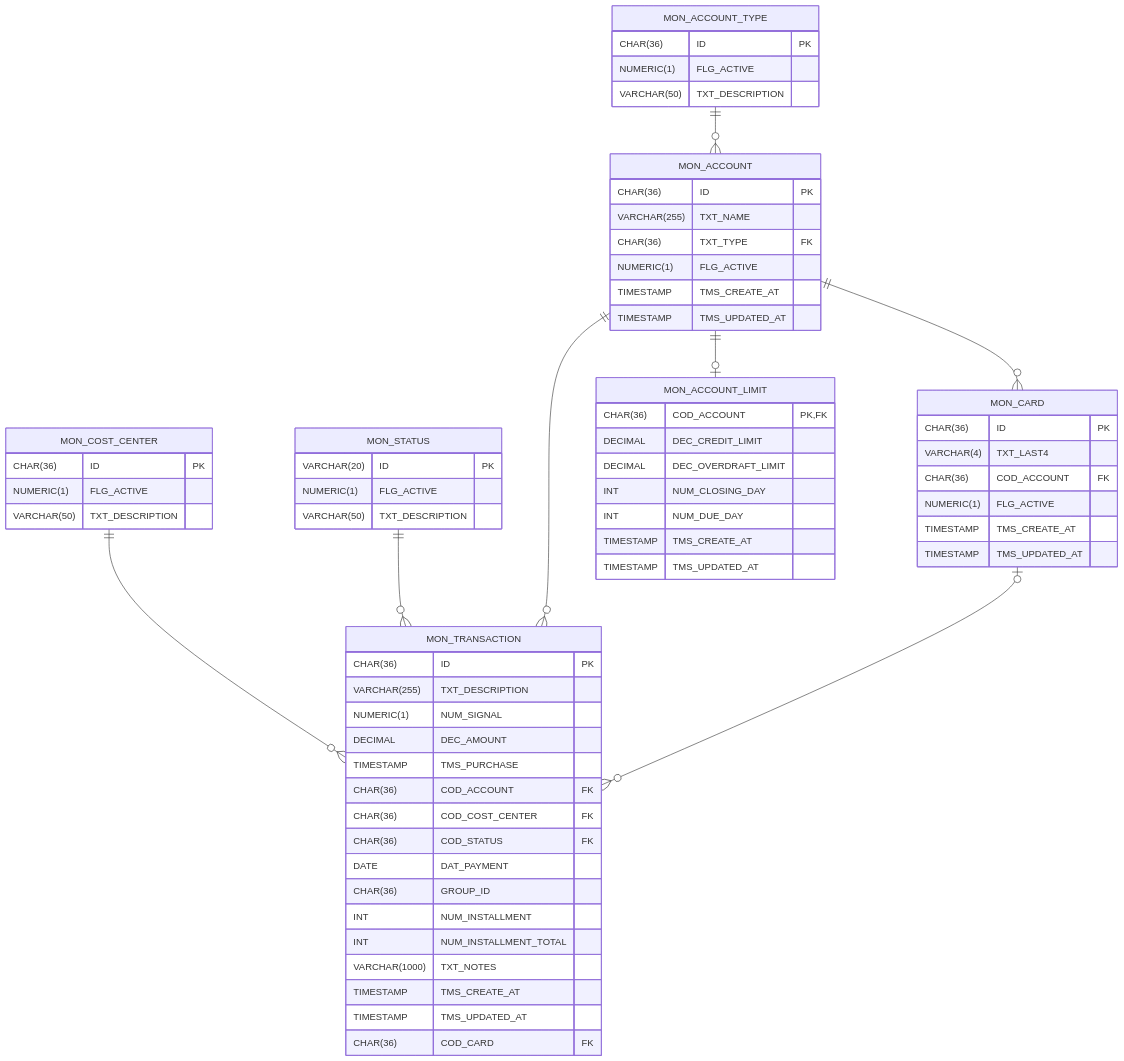
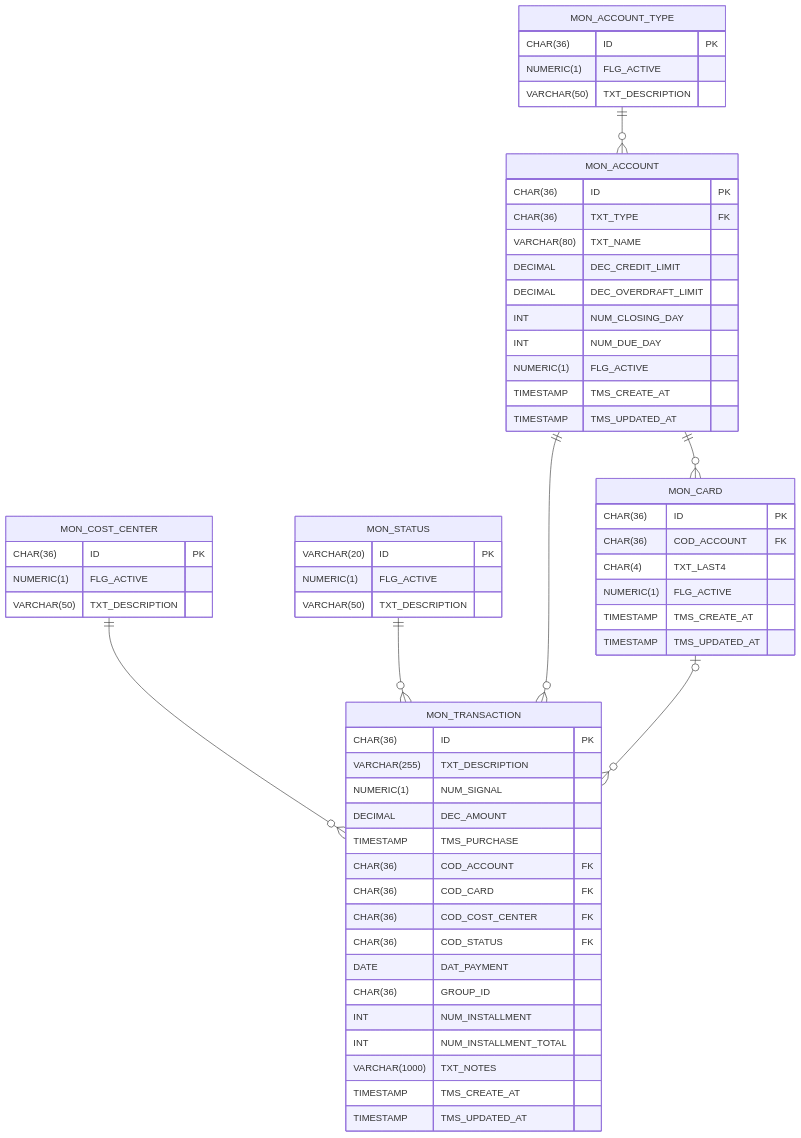
The diagram in docs/db-ctx-monetary.mermaid (bkaraujo/cdb-judas), drawn with Mermaid before and after one commit. The commit also changed 27 other files, not shown here.

First line of the commit message:
refactor(monetary): fold MON_ACCOUNT_LIMIT into MON_ACCOUNT

```diff
--- a/docs/db-ctx-monetary.mermaid
+++ b/docs/db-ctx-monetary.mermaid
@@ -1,82 +1,73 @@
 erDiagram
 
 %% CHECKING, SAVINGS
     MON_ACCOUNT_TYPE {
         CHAR(36) ID PK
         NUMERIC(1) FLG_ACTIVE
         VARCHAR(50) TXT_DESCRIPTION
     }
 
     MON_ACCOUNT {
         CHAR(36) ID PK
-        VARCHAR(255) TXT_NAME
         CHAR(36) TXT_TYPE FK
+        VARCHAR(80) TXT_NAME
+        DECIMAL DEC_CREDIT_LIMIT
+        DECIMAL DEC_OVERDRAFT_LIMIT
+        INT NUM_CLOSING_DAY
+        INT NUM_DUE_DAY
         NUMERIC(1) FLG_ACTIVE
         TIMESTAMP TMS_CREATE_AT
         TIMESTAMP TMS_UPDATED_AT
     }
 
     MON_ACCOUNT_TYPE ||--o{ MON_ACCOUNT : ""
 
 %% SCHEDULED, CONFIRMED, PENDING
     MON_STATUS {
         VARCHAR(20) ID PK
         NUMERIC(1) FLG_ACTIVE
         VARCHAR(50) TXT_DESCRIPTION
     }
 
 %% FIXED, VARIABLE
     MON_COST_CENTER {
         CHAR(36) ID PK
         NUMERIC(1) FLG_ACTIVE
         VARCHAR(50) TXT_DESCRIPTION
     }
 
     MON_TRANSACTION {
         CHAR(36) ID PK
         VARCHAR(255) TXT_DESCRIPTION
         NUMERIC(1) NUM_SIGNAL
         DECIMAL DEC_AMOUNT
         TIMESTAMP TMS_PURCHASE
         CHAR(36) COD_ACCOUNT FK
+        CHAR(36) COD_CARD FK
         CHAR(36) COD_COST_CENTER FK
         CHAR(36) COD_STATUS FK
         DATE DAT_PAYMENT
         CHAR(36) GROUP_ID
         INT NUM_INSTALLMENT
         INT NUM_INSTALLMENT_TOTAL
         VARCHAR(1000) TXT_NOTES
         TIMESTAMP TMS_CREATE_AT
         TIMESTAMP TMS_UPDATED_AT
-        CHAR(36) COD_CARD FK
     }
 
     MON_COST_CENTER ||--o{ MON_TRANSACTION : ""
     MON_STATUS ||--o{ MON_TRANSACTION : ""
     MON_ACCOUNT ||--o{ MON_TRANSACTION : ""
 
 %% Cartão é identificado só pelo last4; vinculado a uma conta real
     MON_CARD {
         CHAR(36) ID PK
-        VARCHAR(4) TXT_LAST4
         CHAR(36) COD_ACCOUNT FK
+        CHAR(4) TXT_LAST4
         NUMERIC(1) FLG_ACTIVE
         TIMESTAMP TMS_CREATE_AT
         TIMESTAMP TMS_UPDATED_AT
     }
 
     MON_ACCOUNT ||--o{ MON_CARD : ""
     MON_CARD |o--o{ MON_TRANSACTION : ""
-
-%% Linha única por conta; todos os cartões da conta compartilham o limite
-    MON_ACCOUNT_LIMIT {
-        CHAR(36) COD_ACCOUNT PK, FK
-        DECIMAL DEC_CREDIT_LIMIT
-        DECIMAL DEC_OVERDRAFT_LIMIT
-        INT NUM_CLOSING_DAY
-        INT NUM_DUE_DAY
-        TIMESTAMP TMS_CREATE_AT
-        TIMESTAMP TMS_UPDATED_AT
-    }
-
-    MON_ACCOUNT ||--o| MON_ACCOUNT_LIMIT : ""
```
